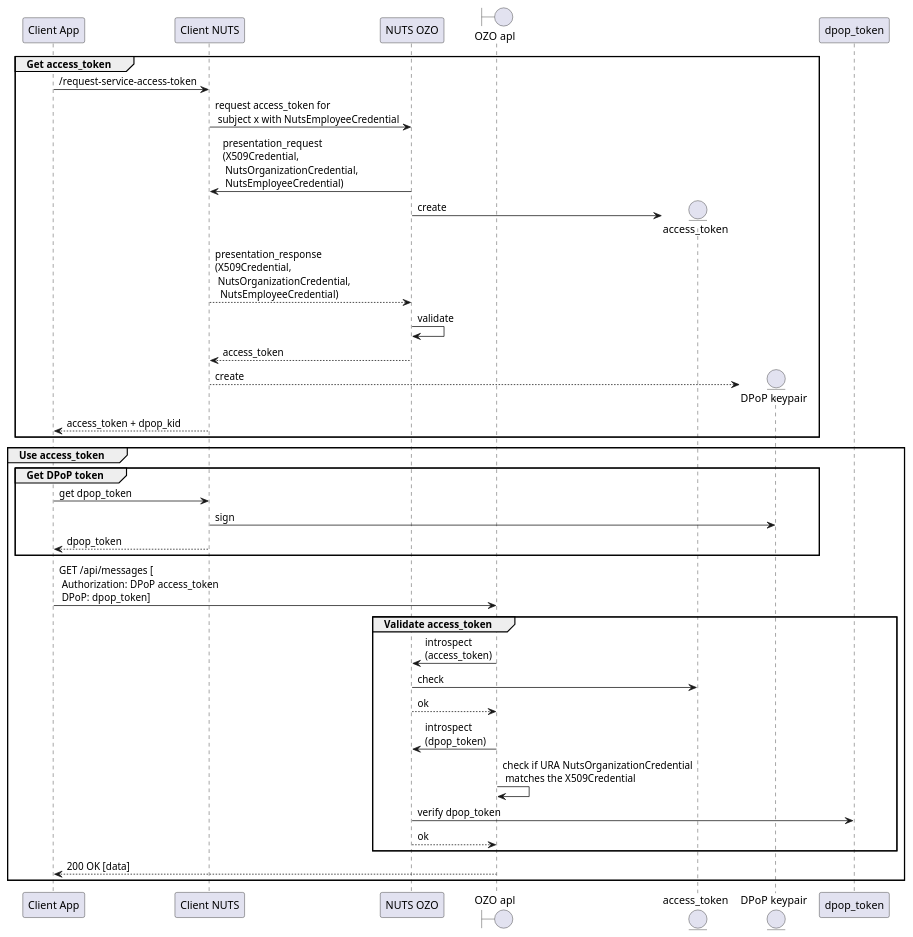
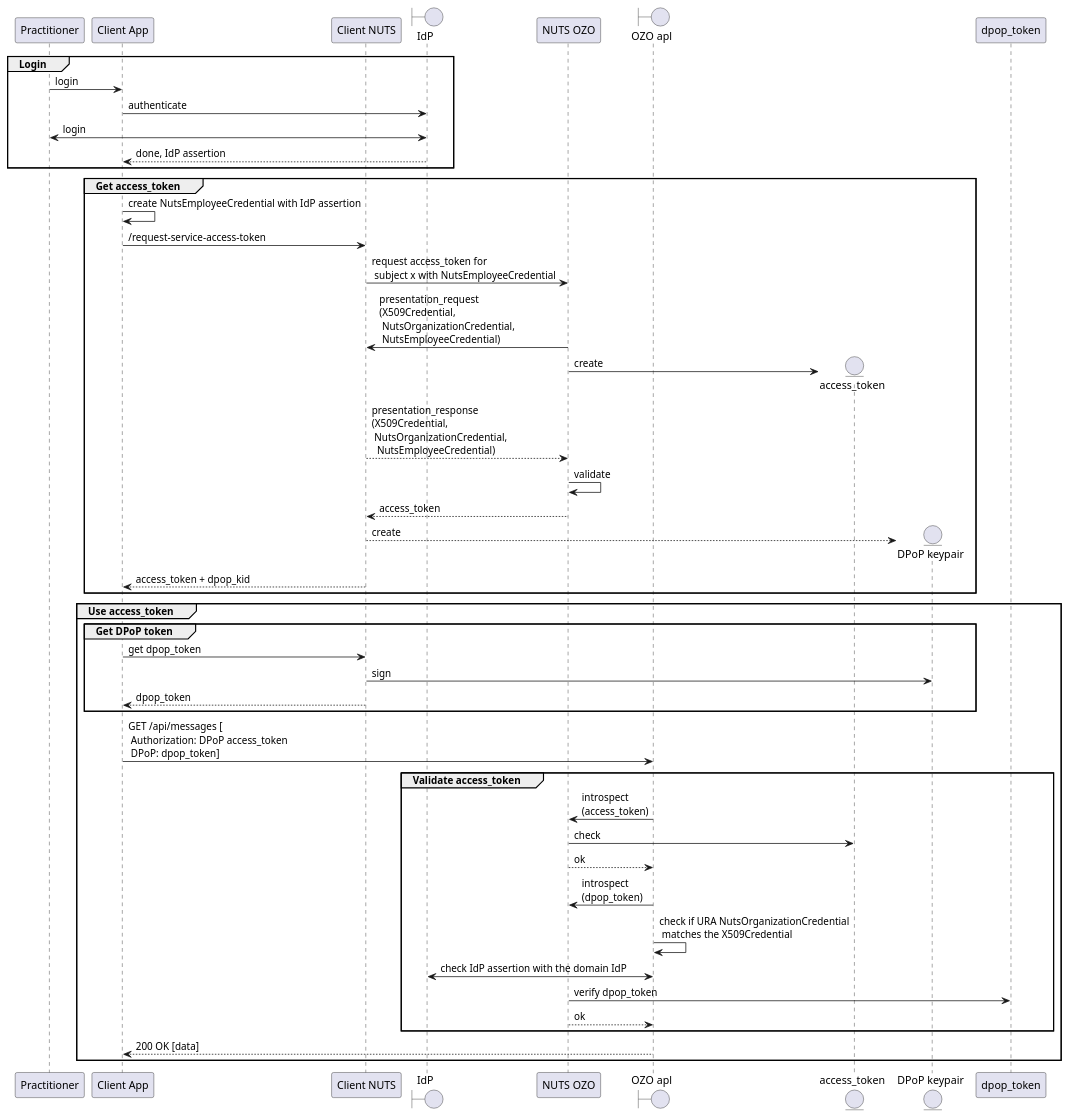
The diagram in input/images-source/nuts_access_token_practitioner.plantuml (ozoverbindzorg/integrale-netwerk-communicatie), drawn with PlantUML before and after one commit. The commit also changed 1 other file, not shown here.

Commit message:
Add Practitioner login flow and IdP assertion verification
Integrates the Practitioner's login flow into the sequence diagram and enhances explanation for API access authentication in documentation. This includes steps for IdP assertion handling, token negotiation, and verifying organizational credentials for secure access.

```diff
--- a/input/images-source/nuts_access_token_practitioner.plantuml
+++ b/input/images-source/nuts_access_token_practitioner.plantuml
@@ -1,42 +1,53 @@
 @startuml
+participant "Practitioner" as user
 participant "Client App" as client_app
 participant "Client NUTS" as client_nuts
+boundary "IdP" as domain_idp
 
 participant "NUTS OZO" as nuts_ozo
 boundary "OZO apl" as ozo_api
 entity "access_token" as access_token
 entity "DPoP keypair" as dpop_key
 
+group Login
+    user -> client_app: login
+    client_app -> domain_idp: authenticate
+    domain_idp <-> user: login
+    domain_idp --> client_app: done, IdP assertion
+end
+
 group Get access_token
+    client_app -> client_app: create NutsEmployeeCredential with IdP assertion
     client_app -> client_nuts: /request-service-access-token
     client_nuts -> nuts_ozo: request access_token for\n subject x with NutsEmployeeCredential
     nuts_ozo -> client_nuts: presentation_request \n(X509Credential,\n NutsOrganizationCredential,\n NutsEmployeeCredential)
     create access_token
     nuts_ozo -> access_token: create
     client_nuts --> nuts_ozo: presentation_response \n(X509Credential,\n NutsOrganizationCredential,\n  NutsEmployeeCredential)
     nuts_ozo -> nuts_ozo: validate
     nuts_ozo --> client_nuts: access_token
     create dpop_key
     client_nuts --> dpop_key: create
     client_nuts --> client_app: access_token + dpop_kid
 end
 group Use access_token
     group Get DPoP token
         client_app -> client_nuts: get dpop_token
         client_nuts -> dpop_key: sign
         client_nuts --> client_app: dpop_token
     end
     client_app -> ozo_api: GET /api/messages [\n Authorization: DPoP access_token\n DPoP: dpop_token]
     group Validate access_token
         ozo_api -> nuts_ozo: introspect\n(access_token)
         nuts_ozo -> access_token: check
         nuts_ozo --> ozo_api: ok
         ozo_api -> nuts_ozo: introspect\n(dpop_token)
         ozo_api -> ozo_api: check if URA NutsOrganizationCredential\n matches the X509Credential
+        ozo_api <-> domain_idp: check IdP assertion with the domain IdP
         nuts_ozo -> dpop_token: verify dpop_token
         nuts_ozo --> ozo_api: ok
     end
     ozo_api --> client_app: 200 OK [data]
 end
 
 @enduml
```
